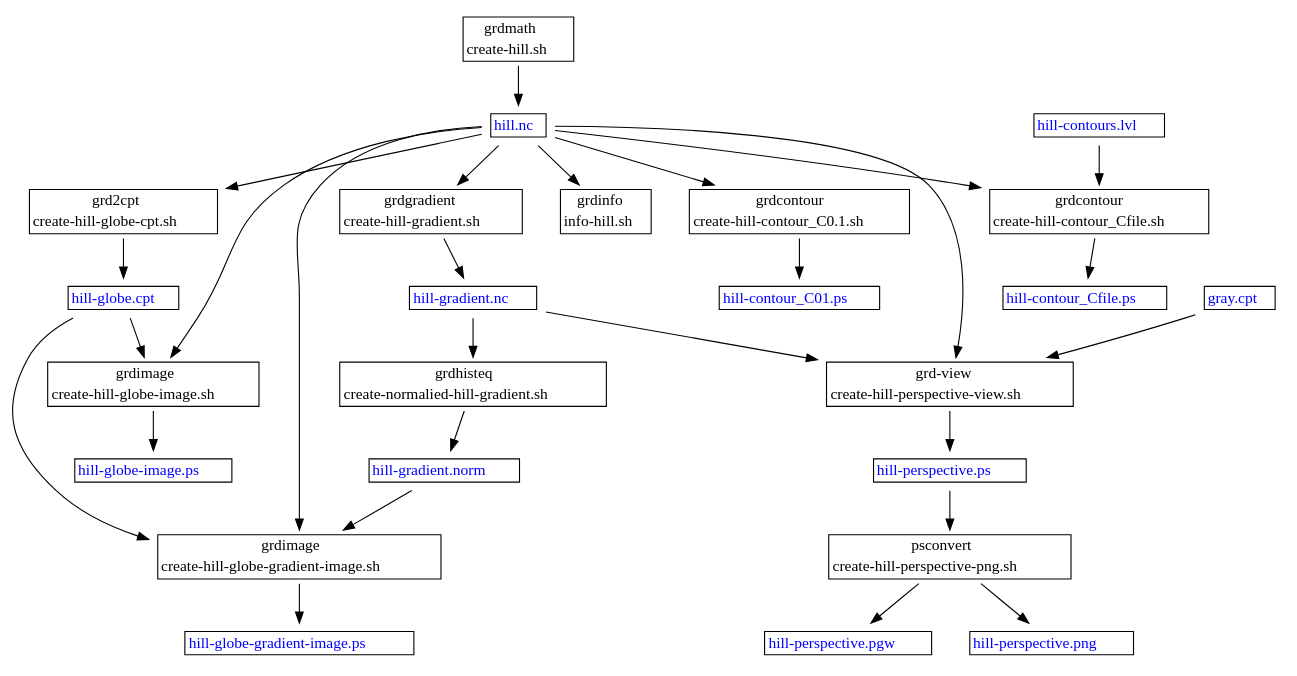
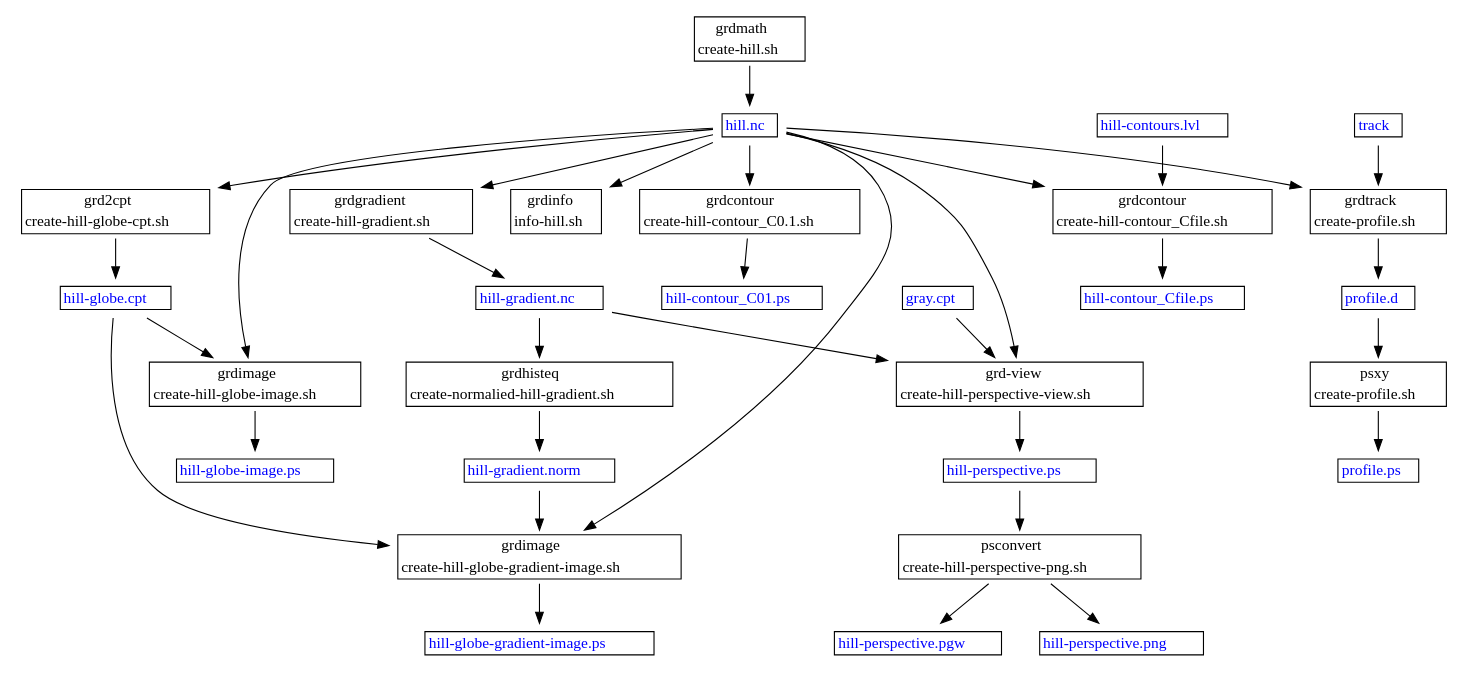
The diagram in programs/calling-sequence.dot (ReneNyffenegger/about-GMT), drawn with Graphviz before and after one commit. The commit also changed 5 other files, not shown here.

Commit message:
Create a track with grdtrack

```diff
--- a/programs/calling-sequence.dot
+++ b/programs/calling-sequence.dot
@@ -184,6 +184,42 @@
       </table>
     >];
 
+  track [
+    label=<
+      <table border="1" cellborder="0" cellspacing="0">
+           <tr><td><font color="#0000ff">track</font></td></tr>
+      </table>
+    >];
+
+  grdtrack_create_profile_sh [
+    label=<
+      <table border="1" cellborder="0" cellspacing="0">
+           <tr><td>grdtrack</td></tr>
+           <tr><td>create-profile.sh</td></tr>
+      </table>
+    >];
+
+  profile_d [
+    label=<
+      <table border="1" cellborder="0" cellspacing="0">
+           <tr><td><font color="#0000ff">profile.d</font></td></tr>
+      </table>
+    >];
+
+  psxy_create_profile_sh [
+    label=<
+      <table border="1" cellborder="0" cellspacing="0">
+           <tr><td>psxy</td></tr>
+           <tr><td>create-profile.sh</td></tr>
+      </table>
+    >];
+
+  profile_ps [
+    label=<
+      <table border="1" cellborder="0" cellspacing="0">
+           <tr><td><font color="#0000ff">profile.ps</font></td></tr>
+      </table>
+    >];
 
   grdmath_create_hill_sh -> hill_nc;
 
@@ -225,5 +261,12 @@
   hill_gradient_norm -> grdimage_create_hill_globe_gradient_image_sh;
   grdimage_create_hill_globe_gradient_image_sh -> hill_globe_gradient_image_ps;
 
+  hill_nc -> grdtrack_create_profile_sh;
+  track -> grdtrack_create_profile_sh;
+  grdtrack_create_profile_sh -> profile_d;
+
+  profile_d -> psxy_create_profile_sh;
+  psxy_create_profile_sh -> profile_ps;
+
 
 }
```
